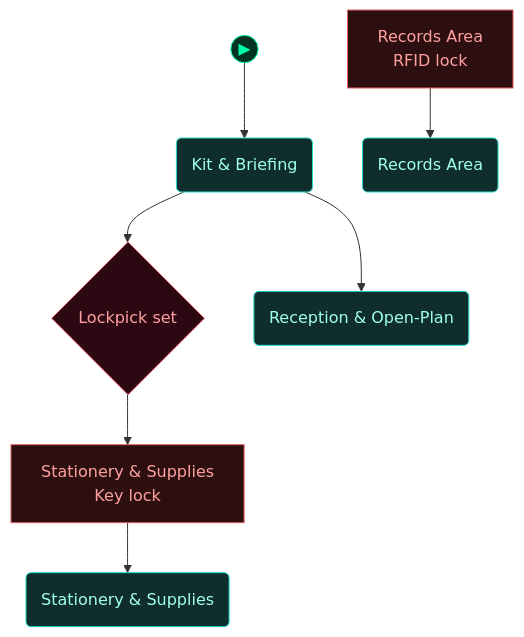
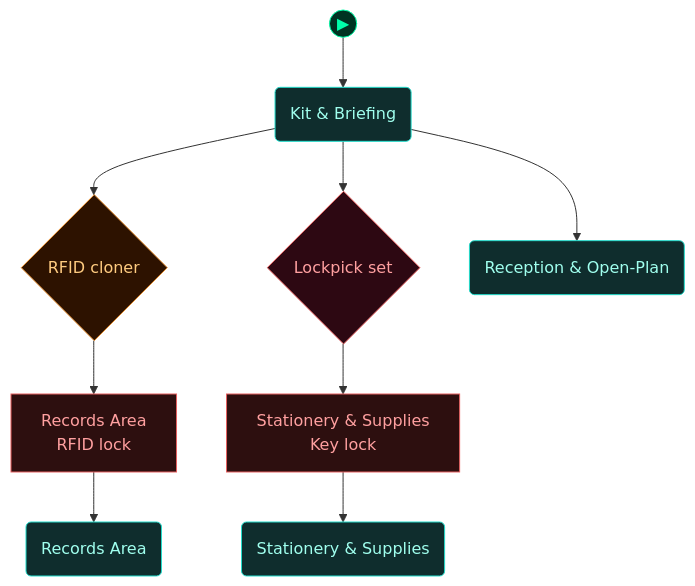
Before and after one commit to cliffe/BreakEscape: the first of 5 diagrams in scenarios/lab_physical_pentest/dungeon_graph.md, drawn with Mermaid. The commit also changed other lines of this file and 3 other files, not shown here.

First line of the commit message:
lab_physical_pentest: map the RFID-clone route into the puzzle graph

````diff
--- a/scenarios/lab_physical_pentest/dungeon_graph.md
+++ b/scenarios/lab_physical_pentest/dungeon_graph.md
@@ -51,40 +51,44 @@
 ```mermaid
 flowchart TD
 
   classDef room      fill:#0f2d2d,stroke:#22ddcc,color:#a0ffee
   classDef lock      fill:#2d0f0f,stroke:#e66060,color:#ffa0a0
   classDef key       fill:#2d0812,stroke:#e66060,color:#ffa0a0
   classDef item      fill:#2d1200,stroke:#e89030,color:#ffcc80
   classDef gate      fill:#111,stroke:#666,color:#eee
   classDef vm        fill:#0c1f40,stroke:#4a90d9,color:#a0c8ff
   classDef flag      fill:#1a0c2d,stroke:#9060d0,color:#cc99ff
   classDef action    fill:#1a1200,stroke:#cc9922,color:#ffee88
   classDef aim       fill:#0d2a0d,stroke:#44cc44,color:#88ff88
   classDef aim_gate  fill:#111111,stroke:#44cc44,color:#44cc44
   classDef container fill:#1a2d1a,stroke:#60b060,color:#a0e0a0
   classDef npc       fill:#2d1f0d,stroke:#d0a050,color:#ffe0a0
   classDef critical  fill:#2a1500,stroke:#ffaa00,color:#ffdd88
   classDef start     fill:#003322,stroke:#00ffaa,color:#00ffaa
 
   node_start(("▶"))
   node_start --> briefing_room
 
   door_secure_area["Records Area<br/>RFID lock"]
   secure_area("Records Area")
   door_store_room["Stationery & Supplies<br/>Key lock"]
   store_room("Stationery & Supplies")
   briefing_room("Kit & Briefing")
+  rfid_cloner{"RFID cloner"}
   lockpick_set{"Lockpick set"}
   open_plan("Reception & Open-Plan")
 
   door_secure_area --> secure_area
   door_store_room --> store_room
+  briefing_room --> rfid_cloner
+  rfid_cloner --> door_secure_area
   briefing_room --> lockpick_set
   lockpick_set --> door_store_room
   briefing_room --> open_plan
 
   class door_secure_area,door_store_room lock
   class secure_area,store_room,briefing_room,open_plan room
+  class rfid_cloner item
   class lockpick_set key
   class node_start start
 ```
````
